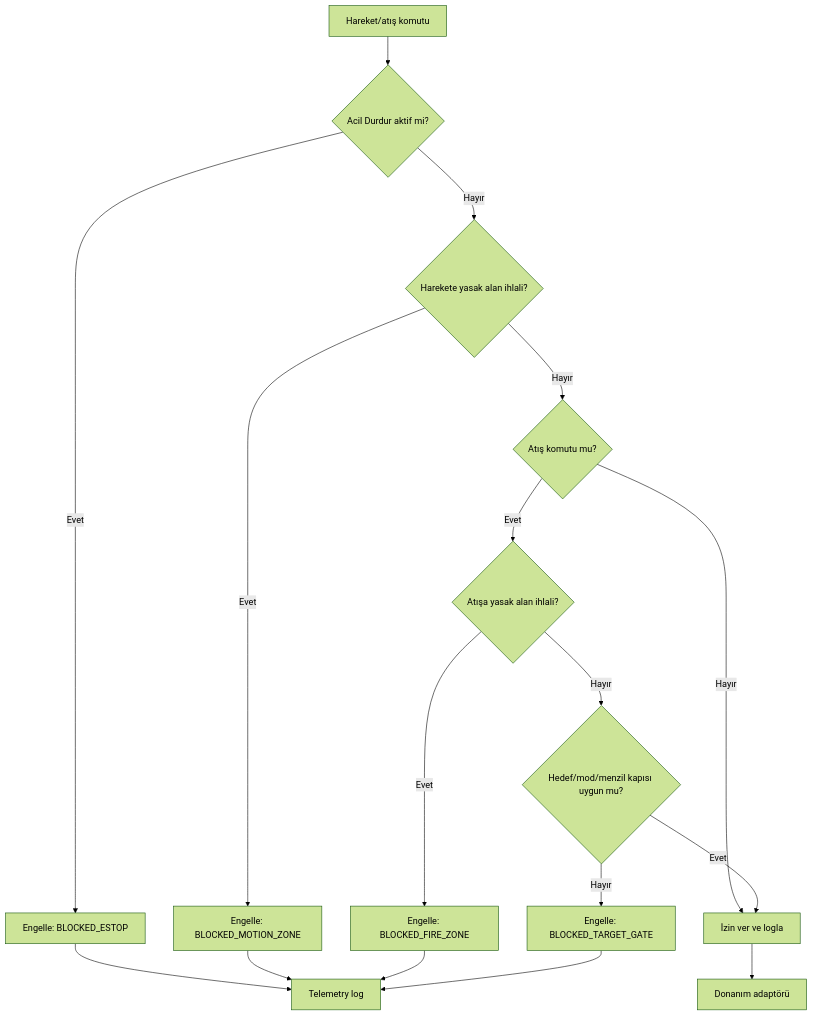
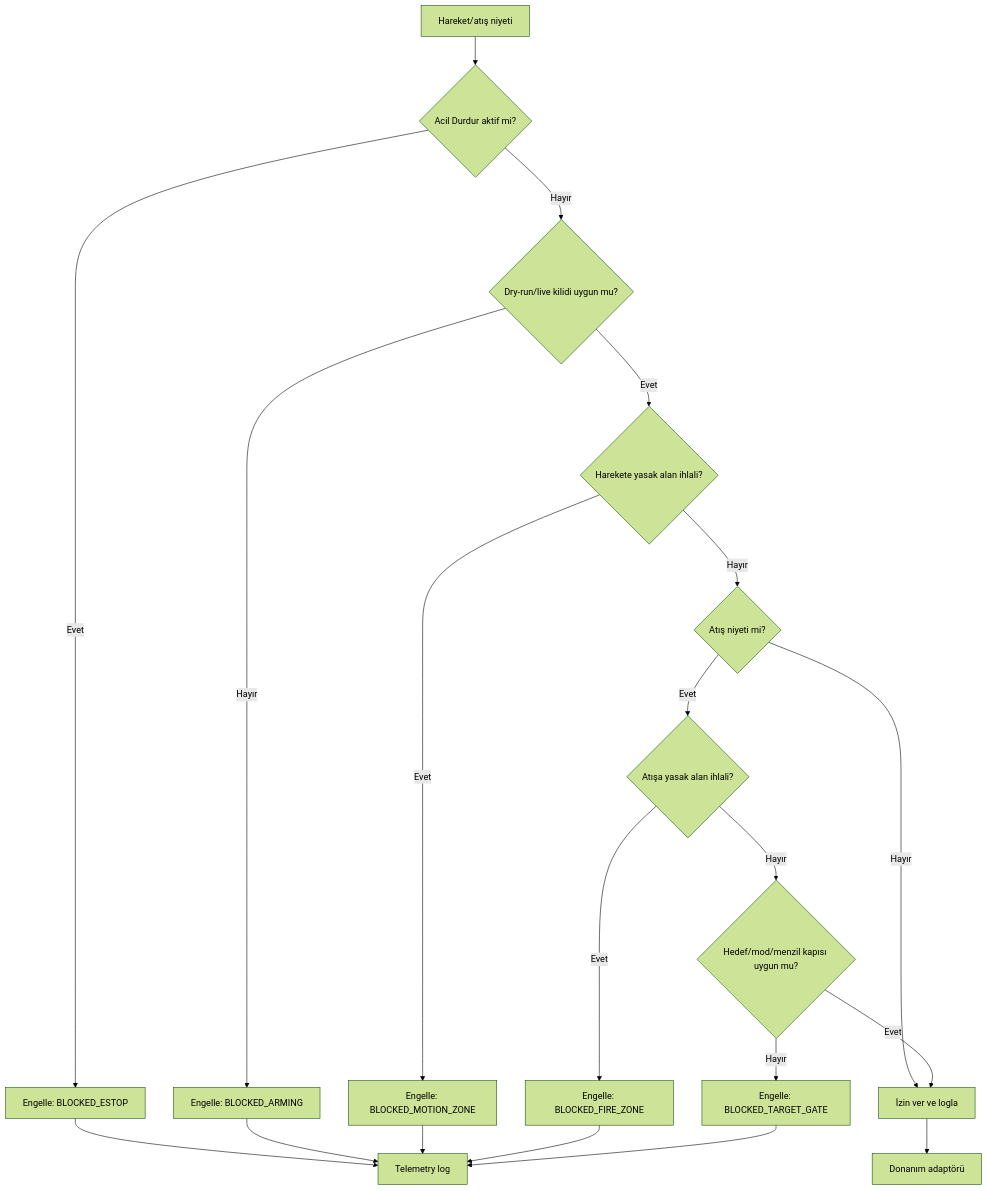
The third of 11 diagrams in reports/diyagramlar/mermaid_kodu/ktr_mermaid_diagrams.md (AlperKartkaya/gokkalkan), drawn with Mermaid (forest theme) before and after one commit. The commit also changed other lines of this file and 8 other files, not shown here.

Commit message:
docs: add operator panel interface roadmap and update tech stack documentation

````diff
--- a/reports/diyagramlar/mermaid_kodu/ktr_mermaid_diagrams.md
+++ b/reports/diyagramlar/mermaid_kodu/ktr_mermaid_diagrams.md
@@ -41,19 +47,22 @@
 ```mermaid
 flowchart TD
-    Cmd["Hareket/atış komutu"] --> EStop{"Acil Durdur aktif mi?"}
+    Cmd["Hareket/atış niyeti"] --> EStop{"Acil Durdur aktif mi?"}
     EStop -->|Evet| BlockE["Engelle: BLOCKED_ESTOP"]
-    EStop -->|Hayır| Motion{"Harekete yasak alan ihlali?"}
+    EStop -->|Hayır| Live{"Dry-run/live kilidi uygun mu?"}
+    Live -->|Hayır| BlockLive["Engelle: BLOCKED_ARMING"]
+    Live -->|Evet| Motion{"Harekete yasak alan ihlali?"}
     Motion -->|Evet| BlockM["Engelle: BLOCKED_MOTION_ZONE"]
-    Motion -->|Hayır| Fire{"Atış komutu mu?"}
+    Motion -->|Hayır| Fire{"Atış niyeti mi?"}
     Fire -->|Hayır| Allow["İzin ver ve logla"]
     Fire -->|Evet| FireZone{"Atışa yasak alan ihlali?"}
     FireZone -->|Evet| BlockF["Engelle: BLOCKED_FIRE_ZONE"]
     FireZone -->|Hayır| Target{"Hedef/mod/menzil kapısı uygun mu?"}
     Target -->|Hayır| BlockT["Engelle: BLOCKED_TARGET_GATE"]
     Target -->|Evet| Allow
     BlockE --> Log["Telemetry log"]
+    BlockLive --> Log
     BlockM --> Log
     BlockF --> Log
     BlockT --> Log
     Allow --> HW["Donanım adaptörü"]
 ```
````
